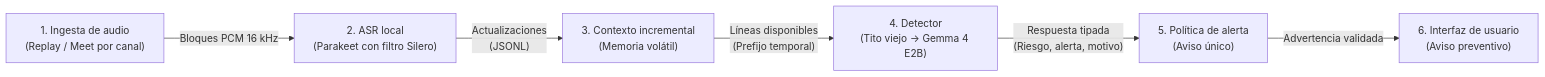
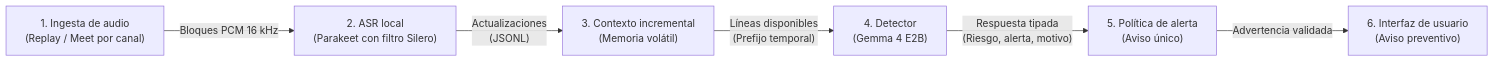
The first of 2 diagrams in docs/tesis/CAP-05-DISENO-Y-ARQUITECTURA.md (Corchets/bitacora_tesis), drawn with Mermaid before and after one commit. The commit also changed other lines of this file and 19 other files, not shown here.

````diff
--- a/docs/tesis/CAP-05-DISENO-Y-ARQUITECTURA.md
+++ b/docs/tesis/CAP-05-DISENO-Y-ARQUITECTURA.md
@@ -13,8 +13,8 @@
 ```mermaid
 flowchart LR
     A["1. Ingesta de audio<br/>(Replay / Meet por canal)"] -->|"Bloques PCM 16 kHz"| B["2. ASR local<br/>(Parakeet con filtro Silero)"]
     B -->|"Actualizaciones<br/>(JSONL)"| C["3. Contexto incremental<br/>(Memoria volátil)"]
-    C -->|"Líneas disponibles<br/>(Prefijo temporal)"| D["4. Detector<br/>(Tito viejo → Gemma 4 E2B)"]
+    C -->|"Líneas disponibles<br/>(Prefijo temporal)"| D["4. Detector<br/>(Gemma 4 E2B)"]
     D -->|"Respuesta tipada<br/>(Riesgo, alerta, motivo)"| E["5. Política de alerta<br/>(Aviso único)"]
     E -->|"Advertencia validada"| F["6. Interfaz de usuario<br/>(Aviso preventivo)"]
 ```
````
